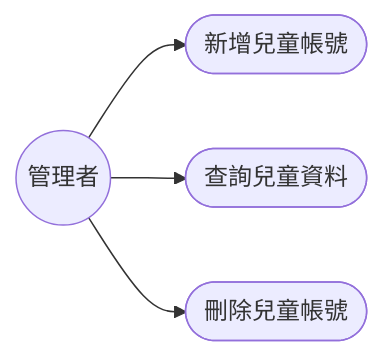
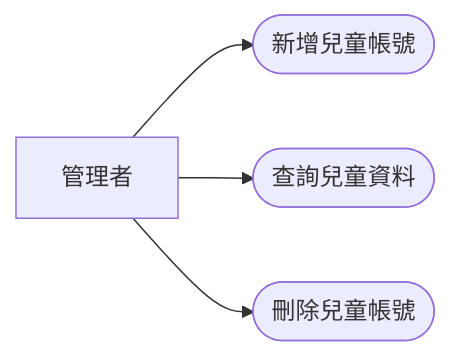
One commit to WeiChengTW/FMD_AI_Screener changed the first of 6 diagrams in docs/ch05-use-case-diagrams.md. Above: the diagram before and after it, drawn with Mermaid. The commit also changed other lines of this file and 1 other file, not shown here.

````diff
--- a/docs/ch05-use-case-diagrams.md
+++ b/docs/ch05-use-case-diagrams.md
@@ -12,12 +12,12 @@
 ```mermaid
 graph LR
-    管理者((管理者))
+    管理者[管理者]
 
     UC01a([新增兒童帳號])
     UC01b([查詢兒童資料])
     UC01c([刪除兒童帳號])
 
     管理者 --> UC01a
     管理者 --> UC01b
     管理者 --> UC01c
 ```
````
